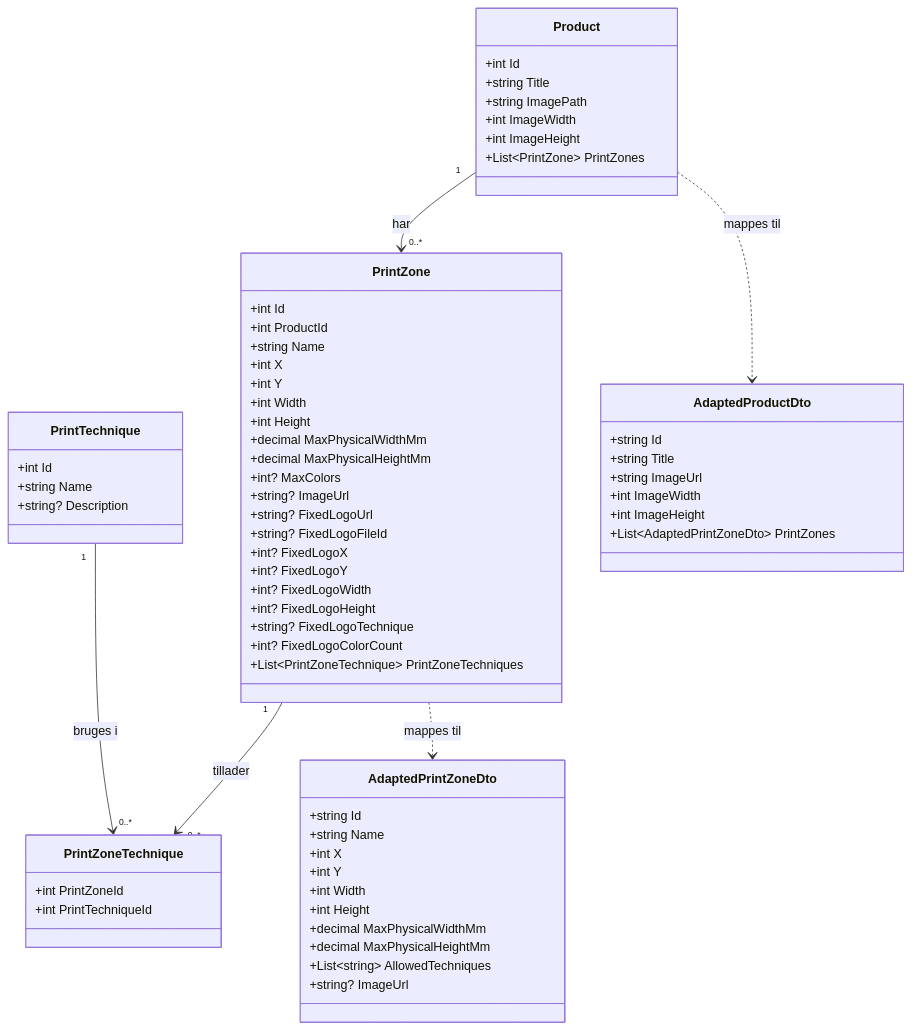
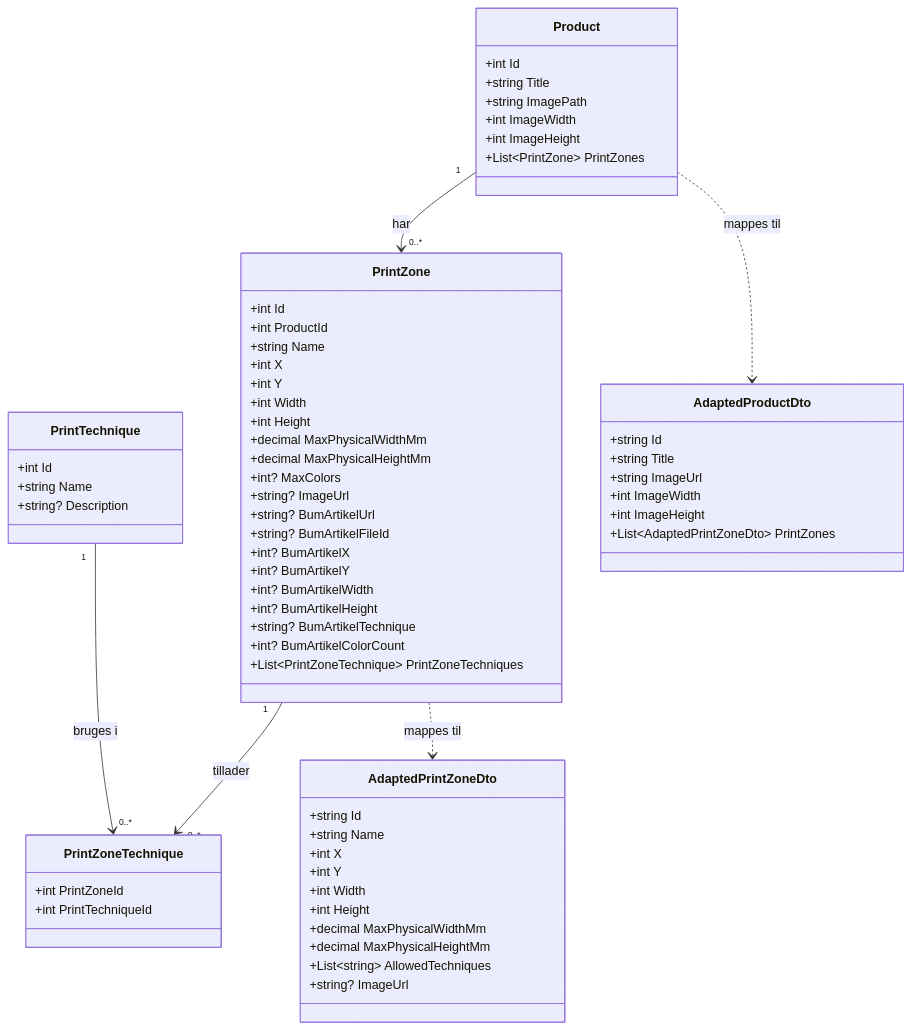
Before and after one commit to MikkelSandell/backend-bachelor-logo-visualiser: the diagram in docs/class/class.md, drawn with Mermaid. The commit also changed 16 other files, not shown here.

Commit message:
renamed all from fixed logo to BumArtikel

````diff
--- a/docs/class/class.md
+++ b/docs/class/class.md
@@ -5,74 +5,74 @@
 ```mermaid
 classDiagram
     class Product {
         +int Id
         +string Title
         +string ImagePath
         +int ImageWidth
         +int ImageHeight
         +List~PrintZone~ PrintZones
     }
 
     class PrintZone {
         +int Id
         +int ProductId
         +string Name
         +int X
         +int Y
         +int Width
         +int Height
         +decimal MaxPhysicalWidthMm
         +decimal MaxPhysicalHeightMm
         +int? MaxColors
         +string? ImageUrl
-        +string? FixedLogoUrl
-        +string? FixedLogoFileId
-        +int? FixedLogoX
-        +int? FixedLogoY
-        +int? FixedLogoWidth
-        +int? FixedLogoHeight
-        +string? FixedLogoTechnique
-        +int? FixedLogoColorCount
+        +string? BumArtikelUrl
+        +string? BumArtikelFileId
+        +int? BumArtikelX
+        +int? BumArtikelY
+        +int? BumArtikelWidth
+        +int? BumArtikelHeight
+        +string? BumArtikelTechnique
+        +int? BumArtikelColorCount
         +List~PrintZoneTechnique~ PrintZoneTechniques
     }
 
     class PrintTechnique {
         +int Id
         +string Name
         +string? Description
     }
 
     class PrintZoneTechnique {
         +int PrintZoneId
         +int PrintTechniqueId
     }
 
     class AdaptedProductDto {
         +string Id
         +string Title
         +string ImageUrl
         +int ImageWidth
         +int ImageHeight
         +List~AdaptedPrintZoneDto~ PrintZones
     }
 
     class AdaptedPrintZoneDto {
         +string Id
         +string Name
         +int X
         +int Y
         +int Width
         +int Height
         +decimal MaxPhysicalWidthMm
         +decimal MaxPhysicalHeightMm
         +List~string~ AllowedTechniques
         +string? ImageUrl
     }
 
     Product        "1" --> "0..*" PrintZone          : har
     PrintZone      "1" --> "0..*" PrintZoneTechnique : tillader
     PrintTechnique "1" --> "0..*" PrintZoneTechnique : bruges i
 
     Product        ..> AdaptedProductDto   : mappes til
     PrintZone      ..> AdaptedPrintZoneDto : mappes til
 ```
````
